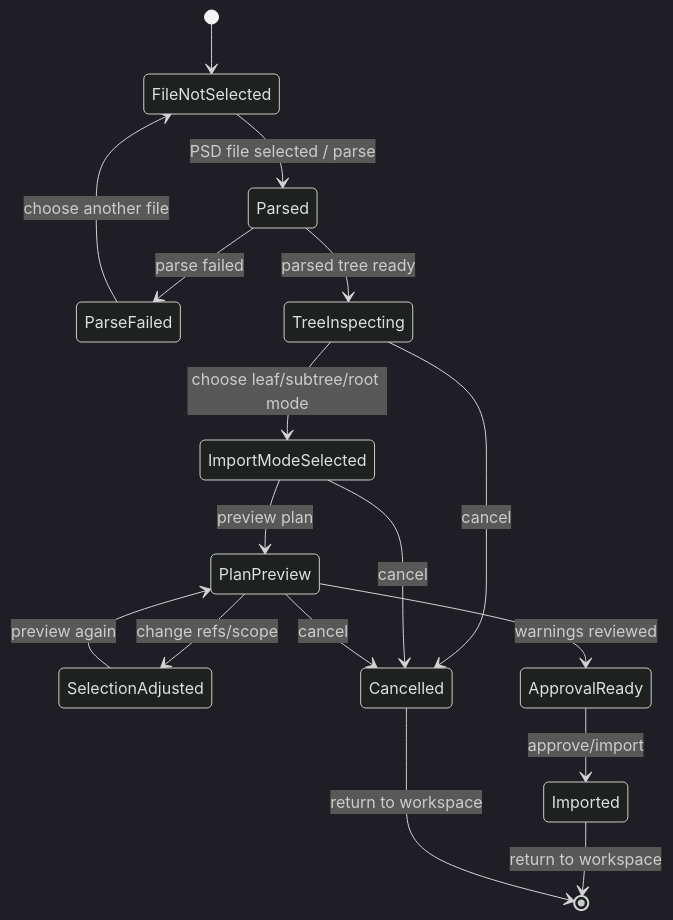
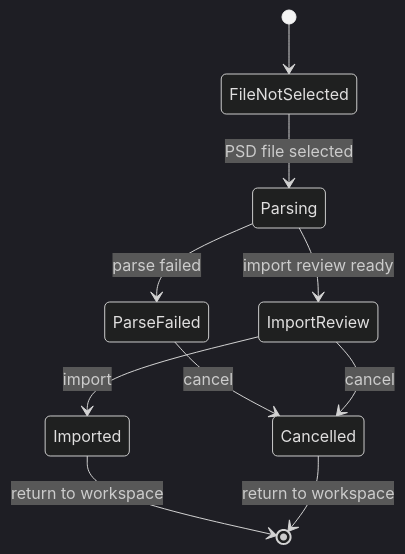
The diagram in discussion/design/screen-design/screens/psd-import-task.md (remie-code/2d-rigging-lab), drawn with Mermaid (dark theme) before and after one commit. The commit also changed other lines of this file and 34 other files, not shown here.

````diff
--- a/discussion/design/screen-design/screens/psd-import-task.md
+++ b/discussion/design/screen-design/screens/psd-import-task.md
@@ -15,22 +15,14 @@
 ```mermaid
 stateDiagram-v2
   [*] --> FileNotSelected
-  FileNotSelected --> Parsed: PSD file selected / parse
-  Parsed --> ParseFailed: parse failed
-  ParseFailed --> FileNotSelected: choose another file
+  FileNotSelected --> Parsing: PSD file selected
+  Parsing --> ParseFailed: parse failed
+  ParseFailed --> Cancelled: cancel
 
-  Parsed --> TreeInspecting: parsed tree ready
-  TreeInspecting --> ImportModeSelected: choose leaf/subtree/root mode
-  ImportModeSelected --> PlanPreview: preview plan
-  PlanPreview --> SelectionAdjusted: change refs/scope
-  SelectionAdjusted --> PlanPreview: preview again
-
-  PlanPreview --> ApprovalReady: warnings reviewed
-  ApprovalReady --> Imported: approve/import
+  Parsing --> ImportReview: import review ready
+  ImportReview --> Imported: import
   Imported --> [*]: return to workspace
 
-  TreeInspecting --> Cancelled: cancel
-  ImportModeSelected --> Cancelled: cancel
-  PlanPreview --> Cancelled: cancel
+  ImportReview --> Cancelled: cancel
   Cancelled --> [*]: return to workspace
 ```
````
